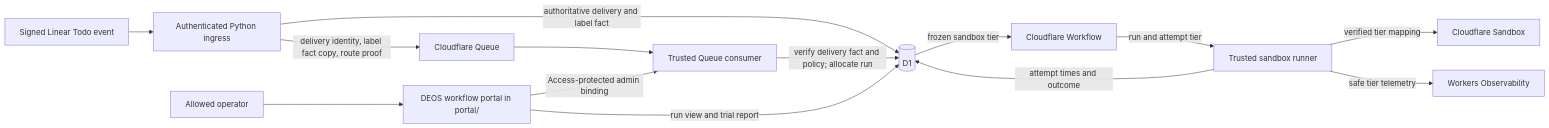
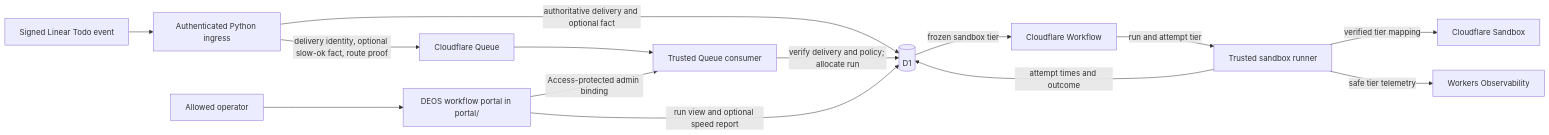
One commit to sachinkundu/deos changed the diagram in openspec/changes/sac-171/design.md. Above: the diagram before and after it, drawn with Mermaid. The commit also changed other lines of this file, not shown here.

Commit message:
DEOS planning manifest workflow:2a653831-c1ec-4db7-972a-d0d08ac0a3d8:e186f008-5b59-4f5e-bb59-280519c9ae60:run:1:system_action:publish_design_revision:github.publish_design_candidate:5fb743dc56fff054b7ca4ced7cfef08834a46c84aa167554eaf04f6b70fb0e8f:21

````diff
--- a/openspec/changes/sac-171/design.md
+++ b/openspec/changes/sac-171/design.md
@@ -41,16 +47,16 @@
 ```mermaid
 flowchart LR
     L[Signed Linear Todo event] --> I[Authenticated Python ingress]
-    I -->|delivery identity, label fact copy, route proof| Q[Cloudflare Queue]
-    I -->|authoritative delivery and label fact| D[(D1)]
+    I -->|delivery identity, optional slow-ok fact, route proof| Q[Cloudflare Queue]
+    I -->|authoritative delivery and optional fact| D[(D1)]
     Q --> C[Trusted Queue consumer]
-    C -->|verify delivery fact and policy; allocate run| D
+    C -->|verify delivery and policy; allocate run| D
     D -->|frozen sandbox tier| W[Cloudflare Workflow]
     W -->|run and attempt tier| R[Trusted sandbox runner]
     R -->|verified tier mapping| S[Cloudflare Sandbox]
     R -->|attempt times and outcome| D
     R -->|safe tier telemetry| O[Workers Observability]
     U[Allowed operator] --> P[DEOS workflow portal in portal/]
     P -->|Access-protected admin binding| C
-    P -->|run view and trial report| D
+    P -->|run view and optional speed report| D
 ```
````
